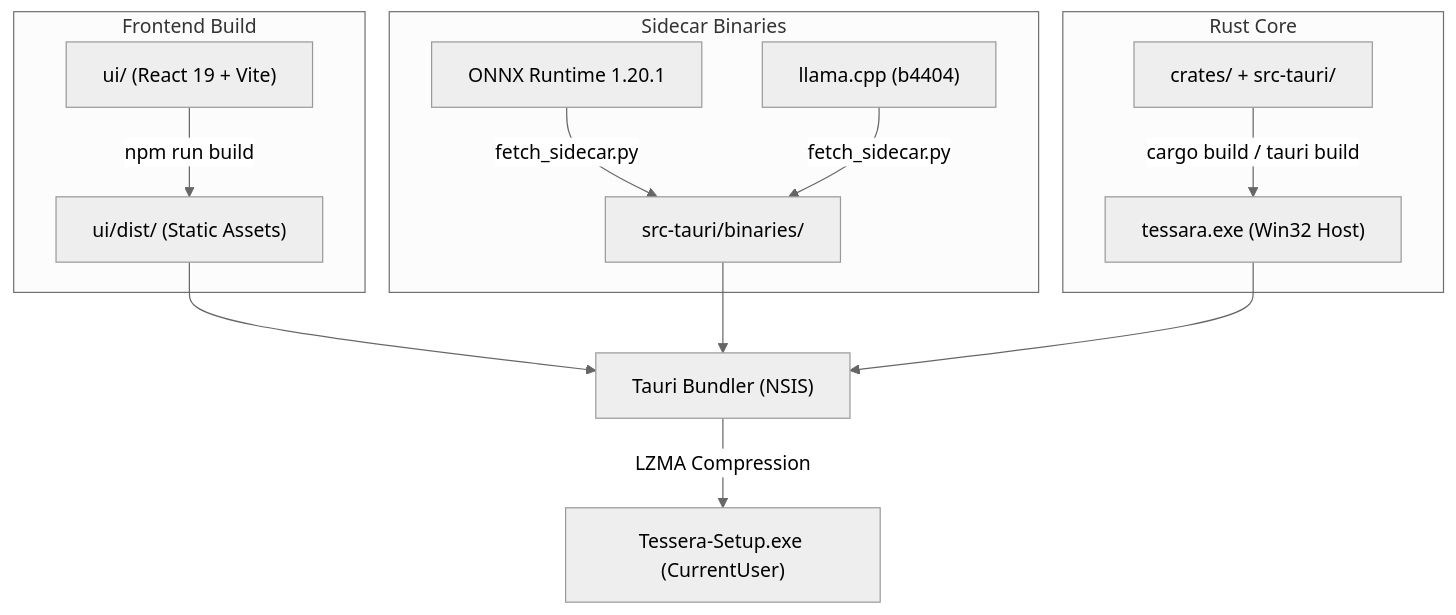
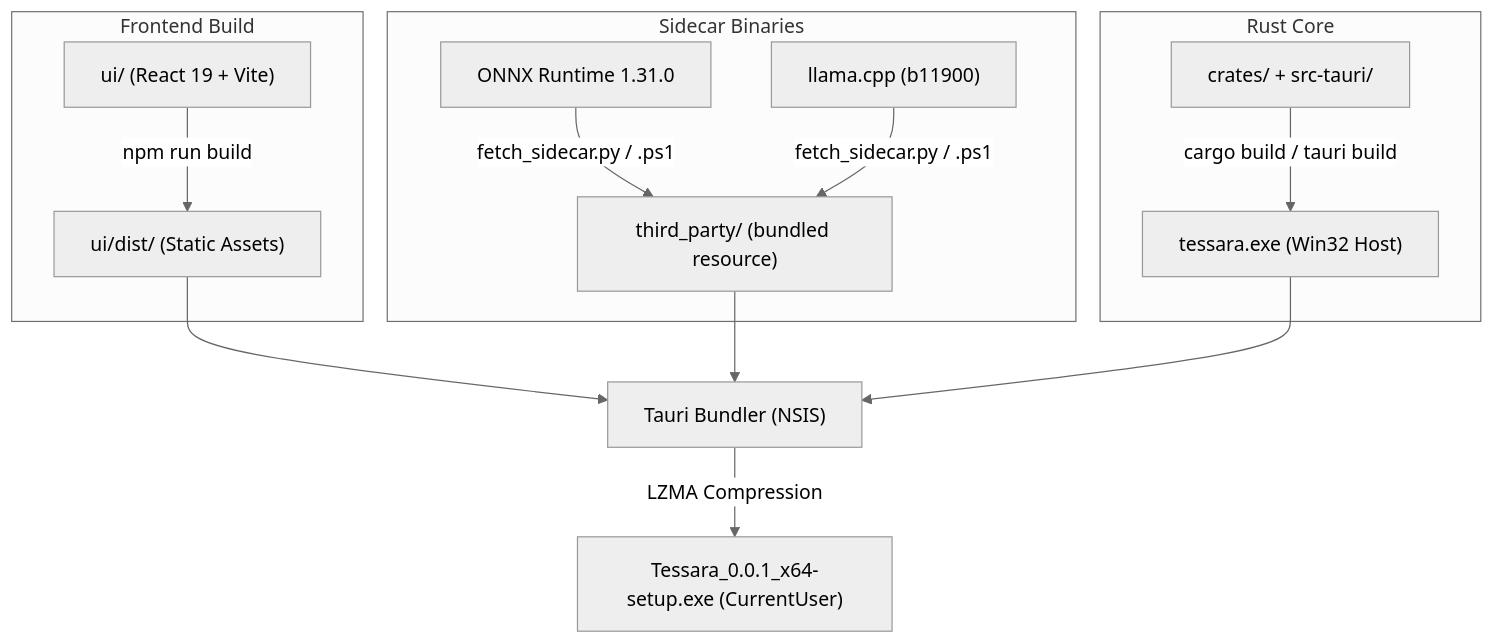
One commit to webex042/Tessera changed the diagram in docs-site/deployment/packaging.md. Above: the diagram before and after it, drawn with Mermaid (neutral theme). The commit also changed other lines of this file and 31 other files, not shown here.

````diff
--- a/docs-site/deployment/packaging.md
+++ b/docs-site/deployment/packaging.md
@@ -10,17 +10,17 @@
 ```mermaid
 flowchart TD
     subgraph Frontend["Frontend Build"]
         UI["ui/ (React 19 + Vite)"] -->|npm run build| DIST["ui/dist/ (Static Assets)"]
     end
 
     subgraph Sidecars["Sidecar Binaries"]
-        ORT["ONNX Runtime 1.20.1"] & LLAMA["llama.cpp (b4404)"] -->|fetch_sidecar.py| BINS["src-tauri/binaries/"]
+        ORT["ONNX Runtime 1.31.0"] & LLAMA["llama.cpp (b11900)"] -->|fetch_sidecar.py / .ps1| BINS["third_party/ (bundled resource)"]
     end
 
     subgraph Backend["Rust Core"]
         CORE["crates/ + src-tauri/"] -->|cargo build / tauri build| EXE["tessara.exe (Win32 Host)"]
     end
 
     DIST & BINS & EXE --> BUNDLE["Tauri Bundler (NSIS)"]
-    BUNDLE -->|LZMA Compression| INSTALLER["Tessera-Setup.exe (CurrentUser)"]
+    BUNDLE -->|LZMA Compression| INSTALLER["Tessara_0.0.1_x64-setup.exe (CurrentUser)"]
 ```
````
